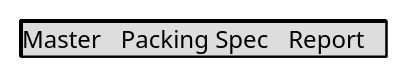
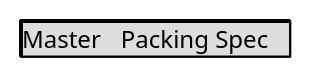
One commit to ari-fikri/packing-cost-mockup changed the diagram in menu/menu - unselected.puml. Above: the diagram before and after it, drawn with PlantUML. The commit also changed 3 other files, not shown here.

Commit message:
Remove Report menu item Add Parameters sub menu Add Calculate Packing Cost menu

```diff
--- a/menu/menu - unselected.puml
+++ b/menu/menu - unselected.puml
@@ -1,6 +1,6 @@
 @startsalt
 {+
-  {* Master | Packing Spec | Report
+  {* Master | Packing Spec |
   }
 }
 @endsalt
```
